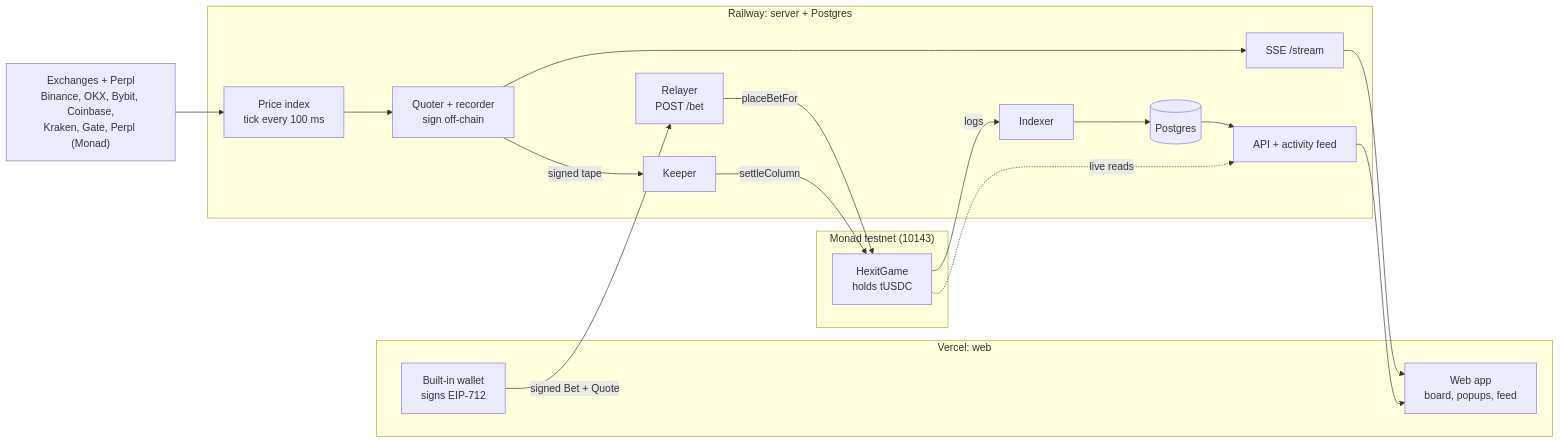
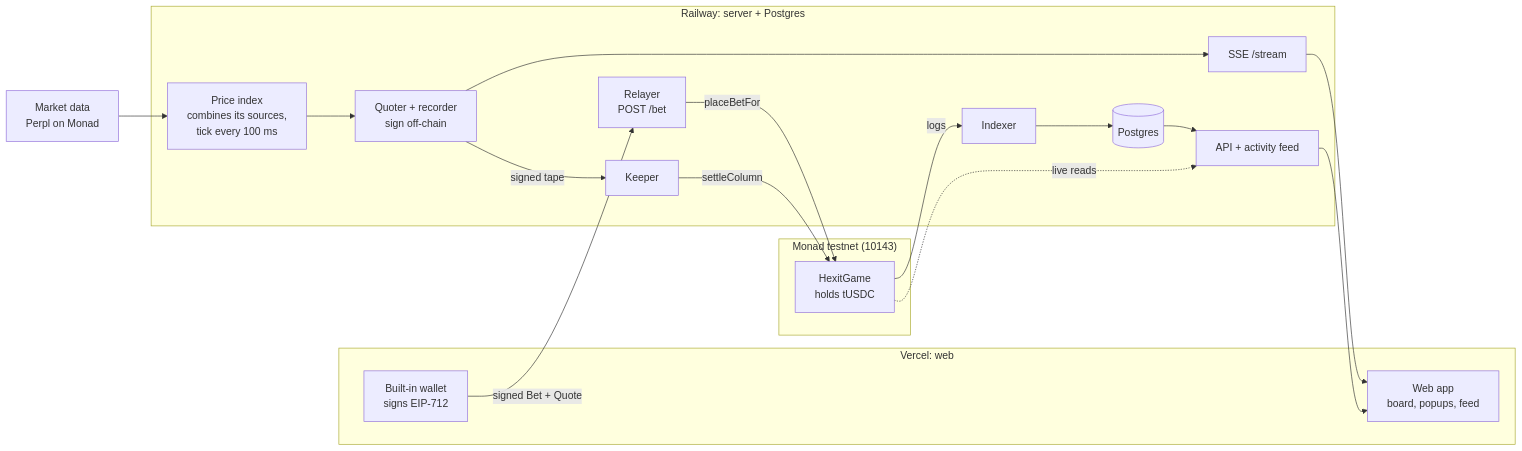
One commit to penguinpecker/hexit changed the diagram in README.md. Above: the diagram before and after it, drawn with Mermaid. The commit also changed other lines of this file, not shown here.

Commit message:
README: Market data section (Perpl on Monad)

````diff
--- a/README.md
+++ b/README.md
@@ -28,30 +28,30 @@
 ```mermaid
 flowchart LR
-  EX["Exchanges + Perpl<br/>Binance, OKX, Bybit, Coinbase,<br/>Kraken, Gate, Perpl (Monad)"]
+  EX["Market data<br/>Perpl on Monad"]
 
   subgraph VERCEL["Vercel: web"]
     APP["Web app<br/>board, popups, feed"]
     WALLET["Built-in wallet<br/>signs EIP-712"]
   end
 
   subgraph RAILWAY["Railway: server + Postgres"]
-    INDEX["Price index<br/>tick every 100 ms"]
+    INDEX["Price index<br/>combines its sources,<br/>tick every 100 ms"]
     SIGN["Quoter + recorder<br/>sign off-chain"]
     SSE["SSE /stream"]
     RELAYER["Relayer<br/>POST /bet"]
     KEEPER["Keeper"]
     INDEXER["Indexer"]
     PG[("Postgres")]
     API["API + activity feed"]
   end
 
   subgraph MONAD["Monad testnet (10143)"]
     GAME["HexitGame<br/>holds tUSDC"]
   end
 
   EX --> INDEX --> SIGN --> SSE --> APP
   WALLET -->|"signed Bet + Quote"| RELAYER -->|"placeBetFor"| GAME
   SIGN -->|"signed tape"| KEEPER -->|"settleColumn"| GAME
   GAME -->|"logs"| INDEXER --> PG --> API --> APP
   GAME -.->|"live reads"| API
 ```
````
